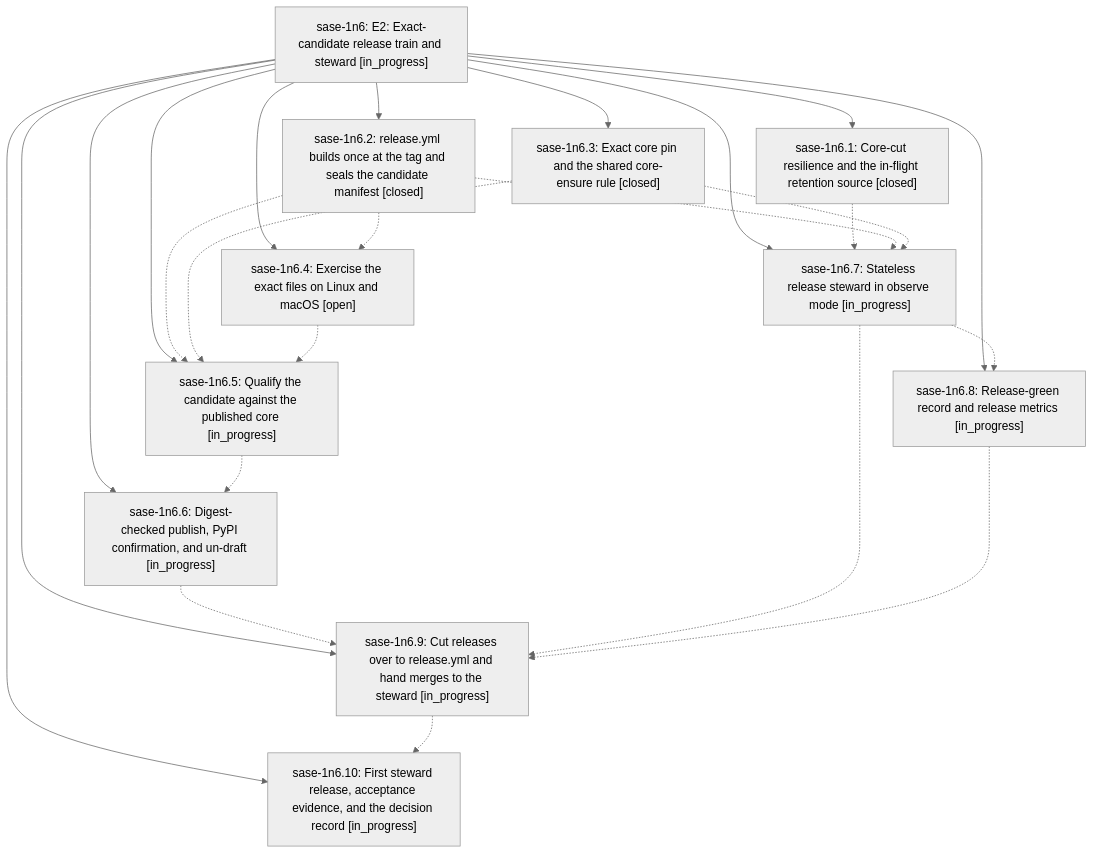
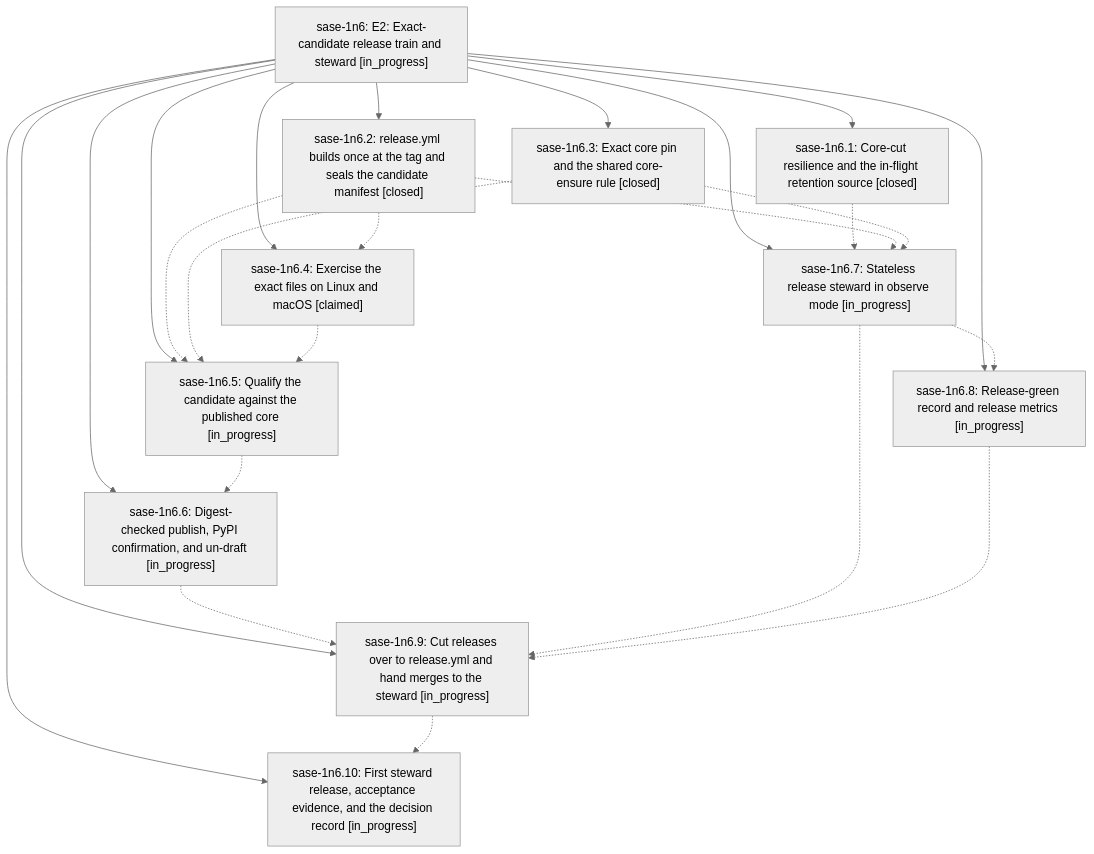
Before and after one commit to sase-org/sase--beads: the diagram in pages/sase-1n6/README.md, drawn with Mermaid (neutral theme). The commit also changed other lines of this file and 5 other files, not shown here.

````diff
--- a/pages/sase-1n6/README.md
+++ b/pages/sase-1n6/README.md
@@ -43,37 +43,37 @@
 ```mermaid
 flowchart TD
     n0["sase-1n6: E2: Exact-candidate release train and steward [in_progress]"]
     n1["sase-1n6.1: Core-cut resilience and the in-flight retention source [closed]"]
     n2["sase-1n6.10: First steward release, acceptance evidence, and the decision record [in_progress]"]
     n3["sase-1n6.2: release.yml builds once at the tag and seals the candidate manifest [closed]"]
     n4["sase-1n6.3: Exact core pin and the shared core-ensure rule [closed]"]
-    n5["sase-1n6.4: Exercise the exact files on Linux and macOS [open]"]
+    n5["sase-1n6.4: Exercise the exact files on Linux and macOS [claimed]"]
     n6["sase-1n6.5: Qualify the candidate against the published core [in_progress]"]
     n7["sase-1n6.6: Digest-checked publish, PyPI confirmation, and un-draft [in_progress]"]
     n8["sase-1n6.7: Stateless release steward in observe mode [in_progress]"]
     n9["sase-1n6.8: Release-green record and release metrics [in_progress]"]
     n10["sase-1n6.9: Cut releases over to release.yml and hand merges to the steward [in_progress]"]
     n0 --> n1
     n0 --> n2
     n0 --> n3
     n0 --> n4
     n0 --> n5
     n0 --> n6
     n0 --> n7
     n0 --> n8
     n0 --> n9
     n0 --> n10
     n1 -.-> n8
     n3 -.-> n5
     n3 -.-> n6
     n3 -.-> n8
     n4 -.-> n6
     n4 -.-> n8
     n5 -.-> n6
     n6 -.-> n7
     n7 -.-> n10
     n8 -.-> n9
     n8 -.-> n10
     n9 -.-> n10
     n10 -.-> n2
 ```
````
